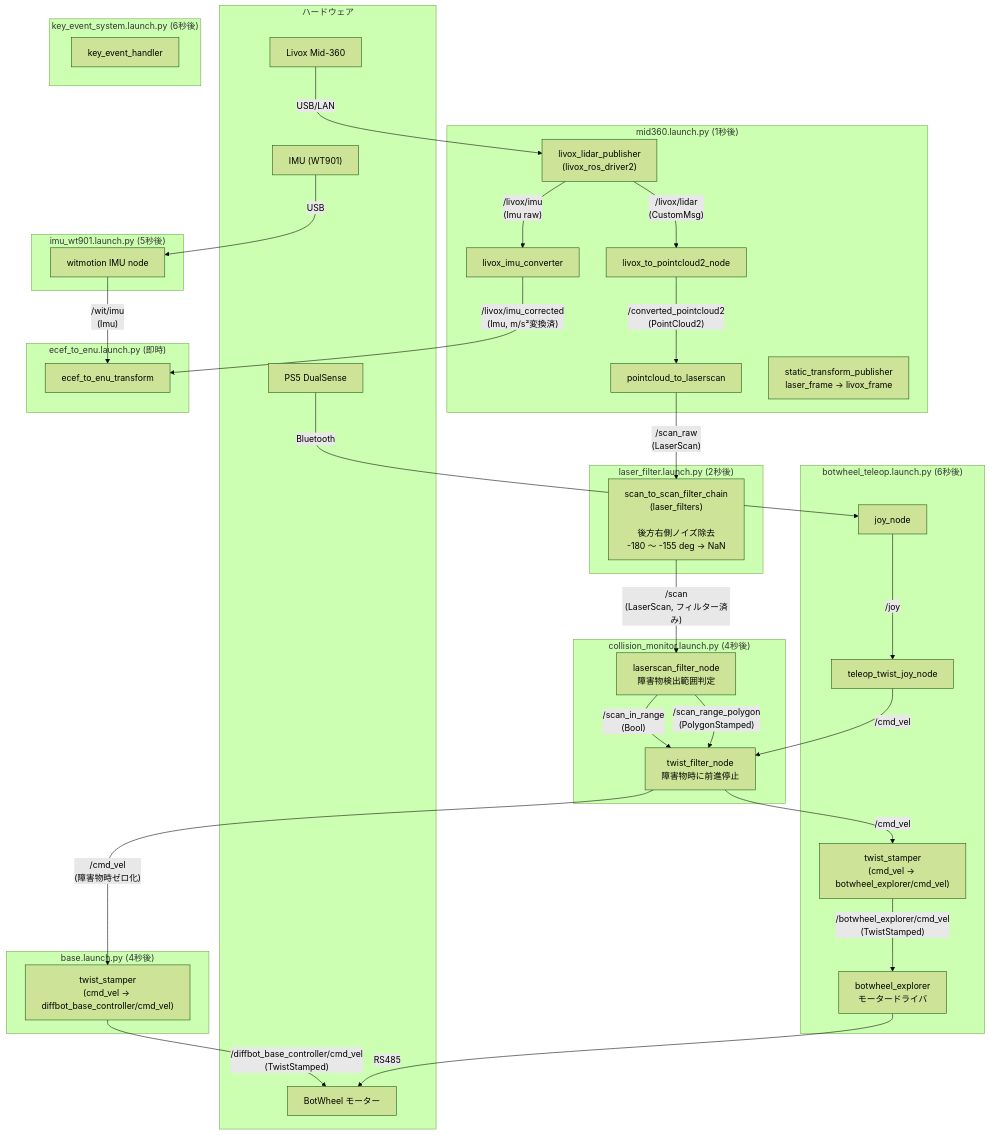
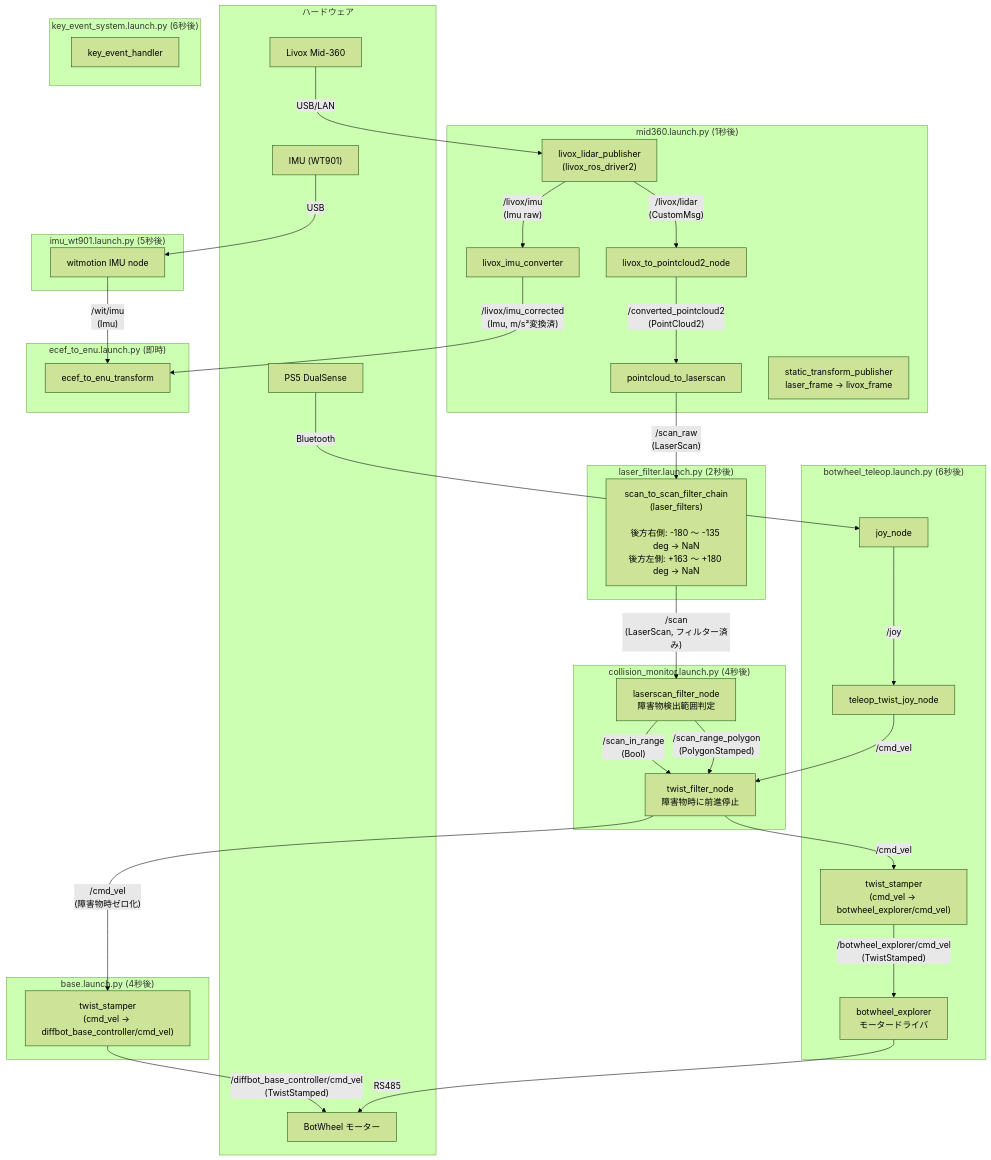
Before and after one commit to sato-susumu/susumu_robo: the first of 2 diagrams in doc/node_topic_graph.md, drawn with Mermaid (forest theme). The commit also changed other lines of this file, not shown here.

First line of the commit message:
Update node_topic_graph.md to reflect expanded laser_filter ranges

````diff
--- a/doc/node_topic_graph.md
+++ b/doc/node_topic_graph.md
@@ -7,81 +7,81 @@
 ```mermaid
 flowchart TD
     subgraph HW["ハードウェア"]
         LIDAR["Livox Mid-360"]
         IMU_HW["IMU (WT901)"]
         MOTOR_HW["BotWheel モーター"]
         JOY_HW["PS5 DualSense"]
     end
 
     subgraph mid360["mid360.launch.py (1秒後)"]
         livox_driver["livox_lidar_publisher\n(livox_ros_driver2)"]
         livox_conv["livox_to_pointcloud2_node"]
         pc2scan["pointcloud_to_laserscan"]
         tf_livox["static_transform_publisher\nlaser_frame → livox_frame"]
         imu_conv["livox_imu_converter"]
     end
 
     subgraph laser_filter["laser_filter.launch.py (2秒後)"]
-        lf["scan_to_scan_filter_chain\n(laser_filters)\n\n後方右側ノイズ除去\n-180 〜 -155 deg → NaN"]
+        lf["scan_to_scan_filter_chain\n(laser_filters)\n\n後方右側: -180 〜 -135 deg → NaN\n後方左側: +163 〜 +180 deg → NaN"]
     end
 
     subgraph collision["collision_monitor.launch.py (4秒後)"]
         lsf["laserscan_filter_node\n障害物検出範囲判定"]
         twf["twist_filter_node\n障害物時に前進停止"]
     end
 
     subgraph base["base.launch.py (4秒後)"]
         ts1["twist_stamper\n(cmd_vel → diffbot_base_controller/cmd_vel)"]
     end
 
     subgraph botwheel["botwheel_teleop.launch.py (6秒後)"]
         joy["joy_node"]
         teleop["teleop_twist_joy_node"]
         ts2["twist_stamper\n(cmd_vel → botwheel_explorer/cmd_vel)"]
         botwheel_ctrl["botwheel_explorer\nモータードライバ"]
     end
 
     subgraph imu["imu_wt901.launch.py (5秒後)"]
         imu_node["witmotion IMU node"]
     end
 
     subgraph key["key_event_system.launch.py (6秒後)"]
         key_node["key_event_handler"]
     end
 
     subgraph ecef["ecef_to_enu.launch.py (即時)"]
         ecef_node["ecef_to_enu_transform"]
     end
 
     %% ハードウェア接続
     LIDAR -->|"USB/LAN"| livox_driver
     IMU_HW -->|"USB"| imu_node
     JOY_HW -->|"Bluetooth"| joy
 
     %% LiDAR パイプライン
     livox_driver -->|"/livox/lidar\n(CustomMsg)"| livox_conv
     livox_conv -->|"/converted_pointcloud2\n(PointCloud2)"| pc2scan
     pc2scan -->|"/scan_raw\n(LaserScan)"| lf
     lf -->|"/scan\n(LaserScan, フィルター済み)"| lsf
 
     %% 障害物検出
     lsf -->|"/scan_in_range\n(Bool)"| twf
     lsf -->|"/scan_range_polygon\n(PolygonStamped)"| twf
 
     %% コマンド速度フロー
     teleop -->|"/cmd_vel"| twf
     twf -->|"/cmd_vel\n(障害物時ゼロ化)"| ts1
     twf -->|"/cmd_vel"| ts2
 
     %% モーター制御
     ts1 -->|"/diffbot_base_controller/cmd_vel\n(TwistStamped)"| MOTOR_HW
     ts2 -->|"/botwheel_explorer/cmd_vel\n(TwistStamped)"| botwheel_ctrl
     botwheel_ctrl -->|"RS485"| MOTOR_HW
 
     joy -->|"/joy"| teleop
 
     %% IMU
     imu_node -->|"/wit/imu\n(Imu)"| ecef_node
     livox_driver -->|"/livox/imu\n(Imu raw)"| imu_conv
     imu_conv -->|"/livox/imu_corrected\n(Imu, m/s²変換済)"| ecef_node
 ```
````
